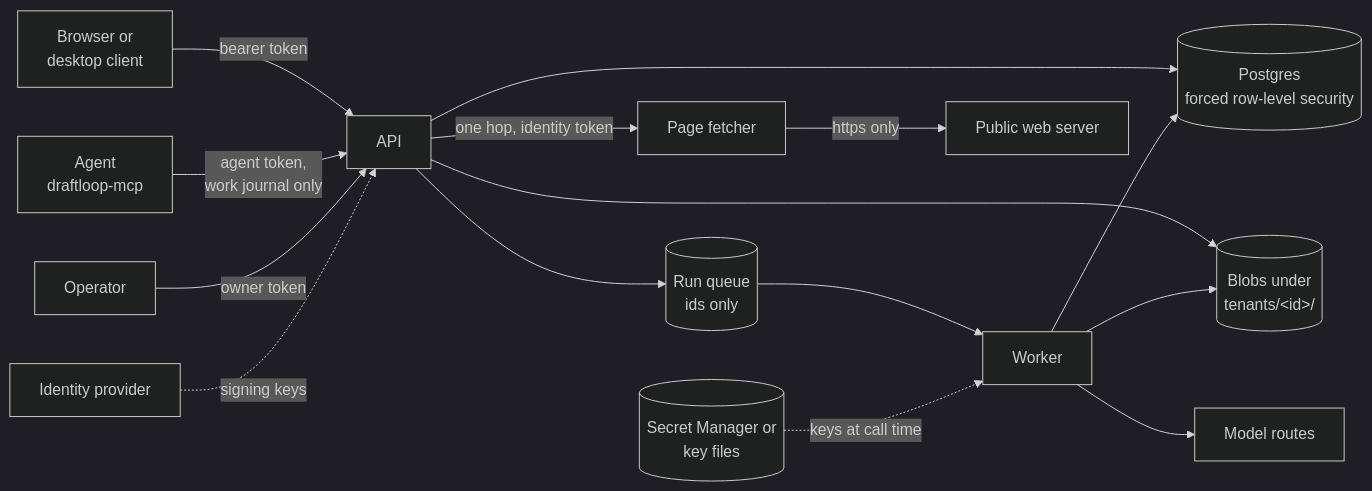
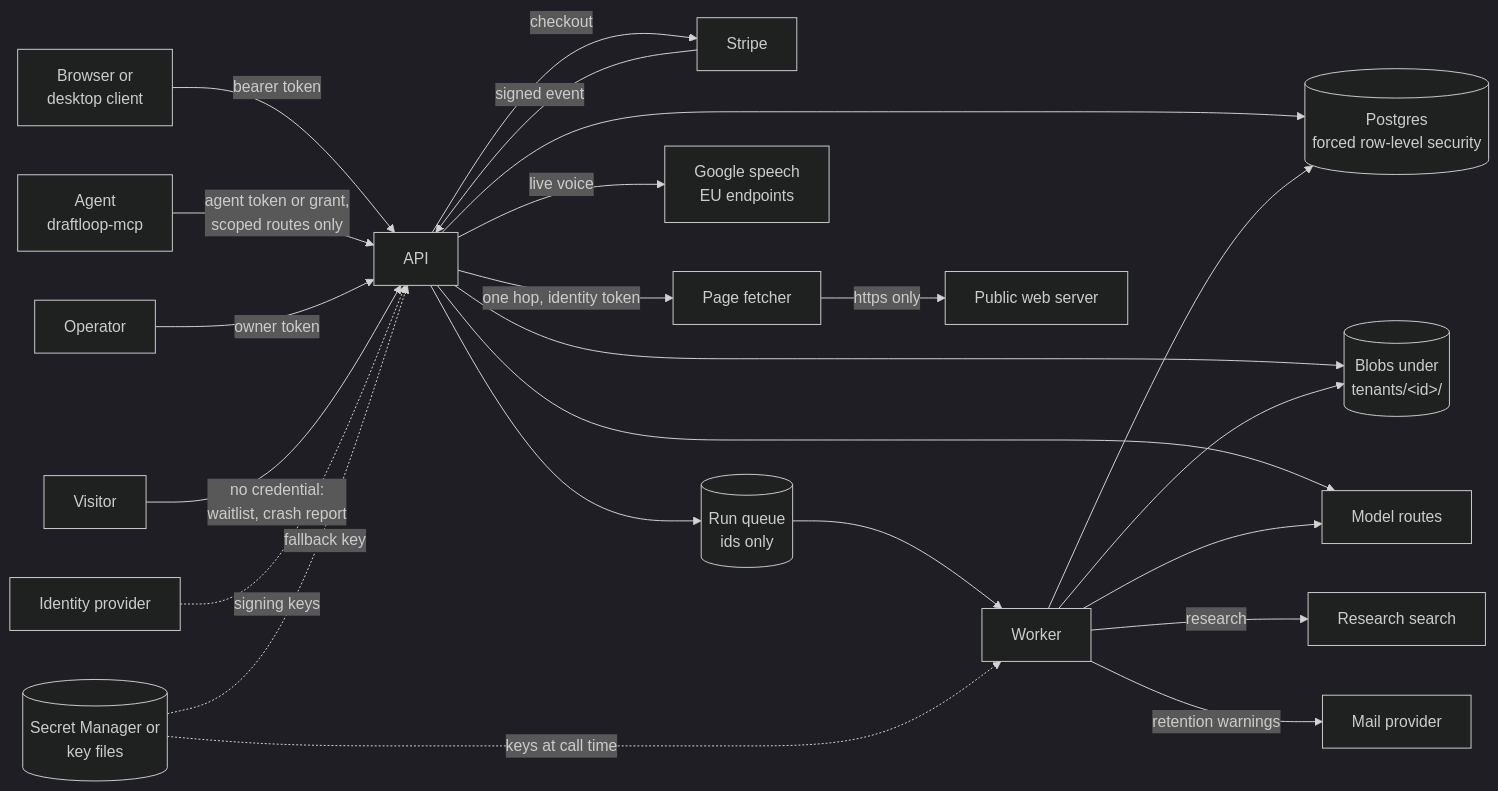
Before and after one commit to akoita/draft-loop: the diagram in docs/security/server-threat-model.md, drawn with Mermaid (dark theme). The commit also changed other lines of this file, not shown here.

````diff
--- a/docs/security/server-threat-model.md
+++ b/docs/security/server-threat-model.md
@@ -36,17 +42,25 @@
 ```mermaid
 flowchart LR
     B[Browser or<br/>desktop client] -->|bearer token| API
-    A[Agent<br/>draftloop-mcp] -->|agent token,<br/>work journal only| API
+    A[Agent<br/>draftloop-mcp] -->|agent token or grant,<br/>scoped routes only| API
     O[Operator] -->|owner token| API
+    V[Visitor] -->|no credential:<br/>waitlist, crash report| API
+    ST[Stripe] -->|signed event| API
     IdP[Identity provider] -.->|signing keys| API
     API[API] --> DB[(Postgres<br/>forced row-level security)]
     API --> BL[(Blobs under<br/>tenants/&lt;id&gt;/)]
     API --> Q[(Run queue<br/>ids only)]
+    API -->|checkout| ST
+    API --> M
+    API -->|live voice| GS[Google speech<br/>EU endpoints]
     Q --> W[Worker]
     W --> DB
     W --> BL
     W --> M[Model routes]
+    W -->|research| RS[Research search]
+    W -->|retention warnings| ML[Mail provider]
     SK[(Secret Manager or<br/>key files)] -.->|keys at call time| W
+    SK -.->|fallback key| API
     API -->|one hop, identity token| PF[Page fetcher]
     PF -->|https only| Web[Public web server]
 ```
````
